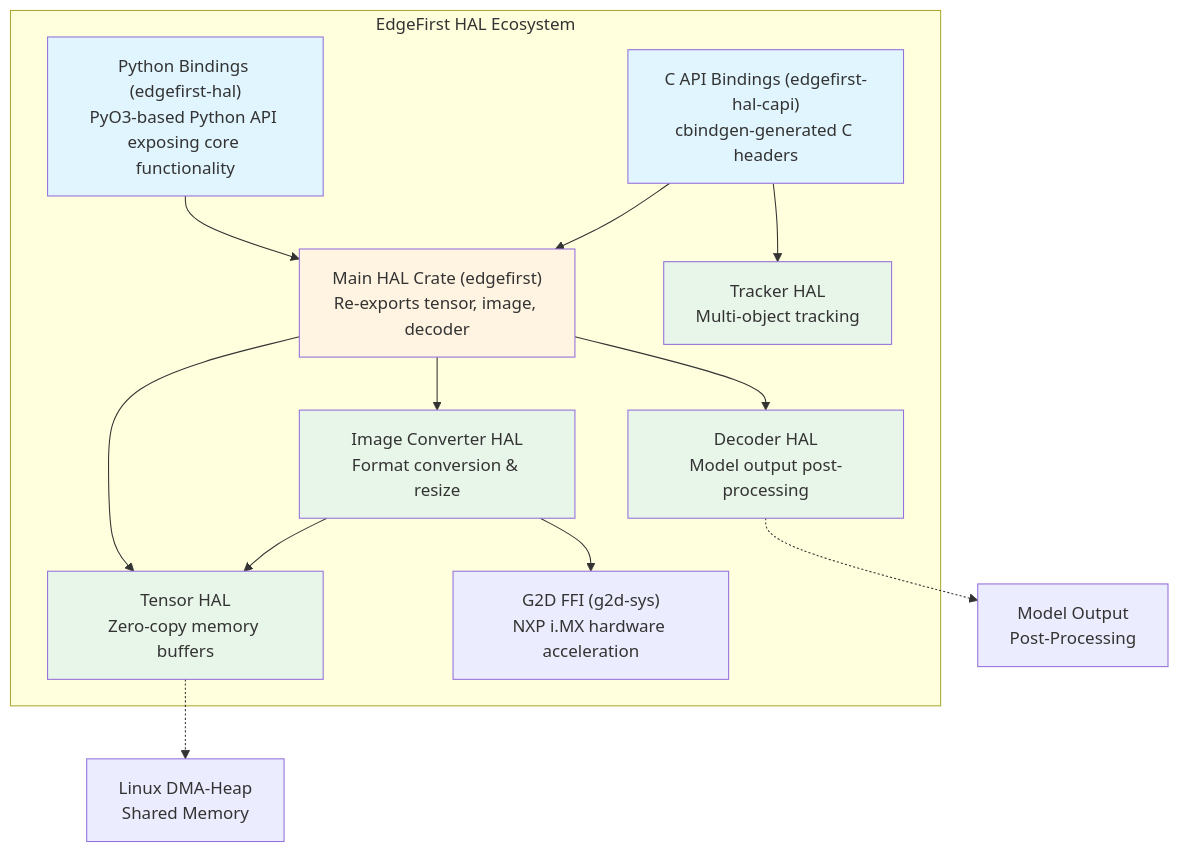
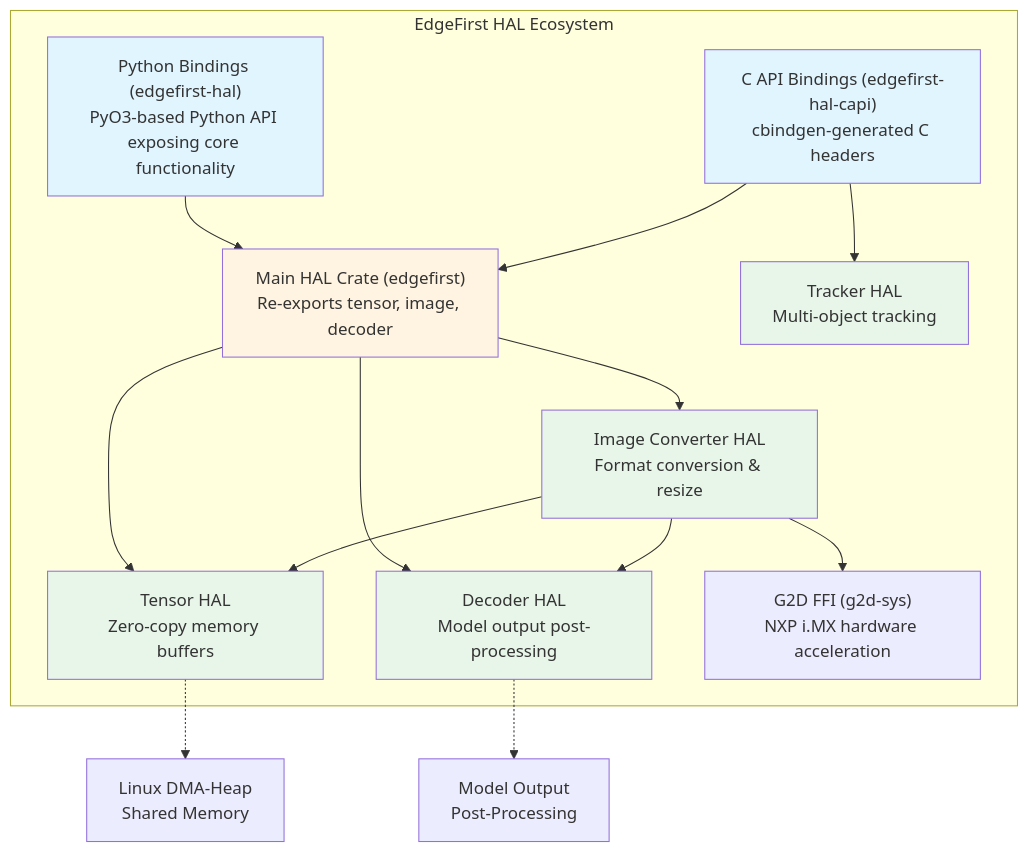
One commit to EdgeFirstAI/hal changed the first of 11 diagrams in README.md. Above: the diagram before and after it, drawn with Mermaid. The commit also changed other lines of this file and 21 other files, not shown here.

````diff
--- a/README.md
+++ b/README.md
@@ -82,35 +82,36 @@
 ```mermaid
 graph TB
     subgraph "EdgeFirst HAL Ecosystem"
         Python["Python Bindings (edgefirst-hal)<br/>PyO3-based Python API exposing core functionality"]
         CAPI["C API Bindings (edgefirst-hal-capi)<br/>cbindgen-generated C headers"]
         Main["Main HAL Crate (edgefirst)<br/>Re-exports tensor, image, decoder"]
 
         Python --> Main
         CAPI --> Main
 
         Tensor["Tensor HAL<br/>Zero-copy memory buffers"]
         Image["Image Converter HAL<br/>Format conversion & resize"]
         Decoder["Decoder HAL<br/>Model output post-processing"]
         Tracker["Tracker HAL<br/>Multi-object tracking"]
 
         Main --> Tensor
         Main --> Image
         Main --> Decoder
         CAPI --> Tracker
 
         Image --> Tensor
+        Image --> Decoder
         Image --> G2D["G2D FFI (g2d-sys)<br/>NXP i.MX hardware acceleration"]
     end
 
     Tensor -.-> DMA["Linux DMA-Heap<br/>Shared Memory"]
     Decoder -.-> PostProc["Model Output<br/>Post-Processing"]
 
     style Python fill:#e1f5ff
     style CAPI fill:#e1f5ff
     style Main fill:#fff4e1
     style Tensor fill:#e8f5e9
     style Image fill:#e8f5e9
     style Decoder fill:#e8f5e9
     style Tracker fill:#e8f5e9
 ```
````
